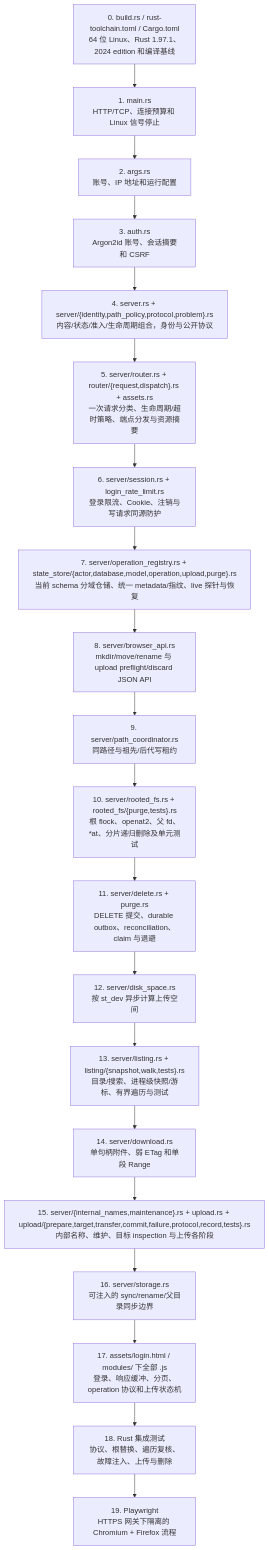
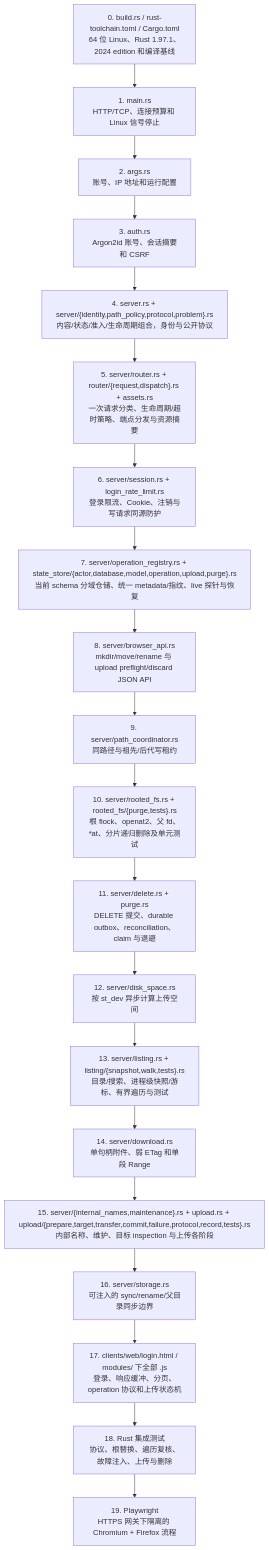
Diagram 21 of 22 in docs/project-workflow.md (isarmg/dufs-ram), drawn with Mermaid before and after one commit. The commit also changed other lines of this file and 15 other files, not shown here.

````diff
--- a/docs/project-workflow.md
+++ b/docs/project-workflow.md
@@ -966,22 +966,22 @@
 ```mermaid
 flowchart TD
     T["0. build.rs / rust-toolchain.toml / Cargo.toml<br/>64 位 Linux、Rust 1.97.1、2024 edition 和编译基线"] --> A["1. main.rs<br/>HTTP/TCP、连接预算和 Linux 信号停止"]
     A --> B["2. args.rs<br/>账号、IP 地址和运行配置"]
     B --> C["3. auth.rs<br/>Argon2id 账号、会话摘要和 CSRF"]
     C --> D["4. server.rs + server/{identity,path_policy,protocol,problem}.rs<br/>内容/状态/准入/生命周期组合，身份与公开协议"]
     D --> R["5. server/router.rs + router/{request,dispatch}.rs + assets.rs<br/>一次请求分类、生命周期/超时策略、端点分发与资源摘要"]
     R --> G["6. server/session.rs + login_rate_limit.rs<br/>登录限流、Cookie、注销与写请求同源防护"]
     G --> OP["7. server/operation_registry.rs + state_store/{actor,database,model,operation,upload,purge}.rs<br/>当前 schema 分域仓储、统一 metadata/指纹、live 探针与恢复"]
     OP --> H["8. server/browser_api.rs<br/>mkdir/move/rename 与 upload preflight/discard JSON API"]
     H --> E["9. server/path_coordinator.rs<br/>同路径与祖先/后代写租约"]
     E --> F["10. server/rooted_fs.rs + rooted_fs/{purge,tests}.rs<br/>根 flock、openat2、父 fd、*at、分片递归删除及单元测试"]
     F --> P["11. server/delete.rs + purge.rs<br/>DELETE 提交、durable outbox、reconciliation、claim 与退避"]
     P --> DS["12. server/disk_space.rs<br/>按 st_dev 异步计算上传空间"]
     DS --> I["13. server/listing.rs + listing/{snapshot,walk,tests}.rs<br/>目录/搜索、进程级快照/游标、有界遍历与测试"]
     I --> J["14. server/download.rs<br/>单句柄附件、弱 ETag 和单段 Range"]
     J --> K["15. server/{internal_names,maintenance}.rs + upload.rs + upload/{prepare,target,transfer,commit,failure,protocol,record,tests}.rs<br/>内部名称、维护、目标 inspection 与上传各阶段"]
     K --> L["16. server/storage.rs<br/>可注入的 sync/rename/父目录同步边界"]
-    L --> M["17. assets/login.html / modules/ 下全部 .js<br/>登录、响应缓冲、分页、operation 协议和上传状态机"]
+    L --> M["17. clients/web/login.html / modules/ 下全部 .js<br/>登录、响应缓冲、分页、operation 协议和上传状态机"]
     M --> N["18. Rust 集成测试<br/>协议、根替换、遍历复核、故障注入、上传与删除"]
     N --> O["19. Playwright<br/>HTTPS 网关下隔离的 Chromium + Firefox 流程"]
 ```
````
